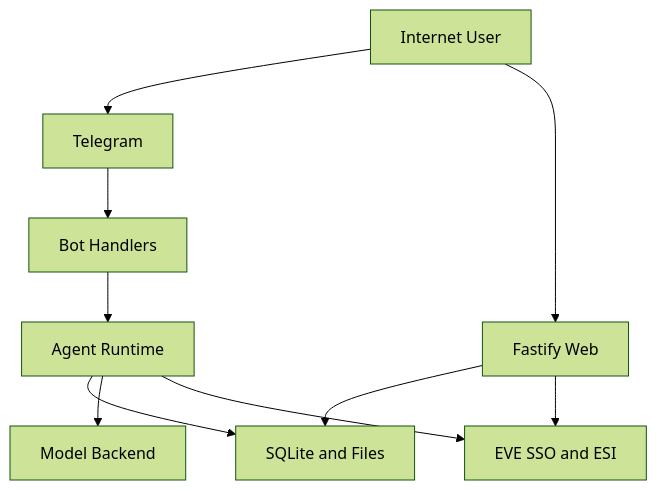
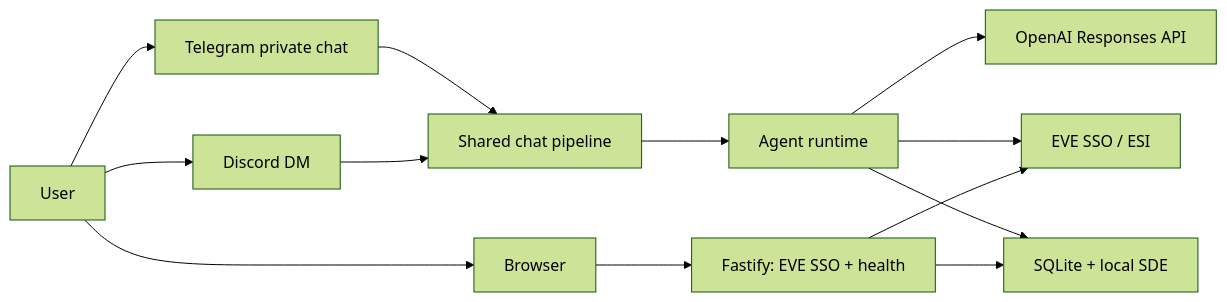
The diagram in eveai-threat-model.md (garshany/eveai), drawn with Mermaid (forest theme) before and after one commit. The commit also changed other lines of this file and 58 other files, not shown here.

````diff
--- a/eveai-threat-model.md
+++ b/eveai-threat-model.md
@@ -79,21 +27,15 @@
 ```mermaid
-flowchart TD
-  U["Internet User"]
-  TG["Telegram"]
-  B["Bot Handlers"]
-  W["Fastify Web"]
-  A["Agent Runtime"]
-  M["Model Backend"]
-  D["SQLite and Files"]
-  E["EVE SSO and ESI"]
-
-  U --> TG
-  TG --> B
-  U --> W
-  B --> A
-  W --> D
-  A --> D
-  A --> M
-  A --> E
-  W --> E
+flowchart LR
+  U["User"] --> TG["Telegram private chat"]
+  U --> DC["Discord DM"]
+  TG --> C["Shared chat pipeline"]
+  DC --> C
+  C --> A["Agent runtime"]
+  A --> O["OpenAI Responses API"]
+  A --> E["EVE SSO / ESI"]
+  A --> D["SQLite + local SDE"]
+  U --> B["Browser"]
+  B --> F["Fastify: EVE SSO + health"]
+  F --> E
+  F --> D
 ```
````
